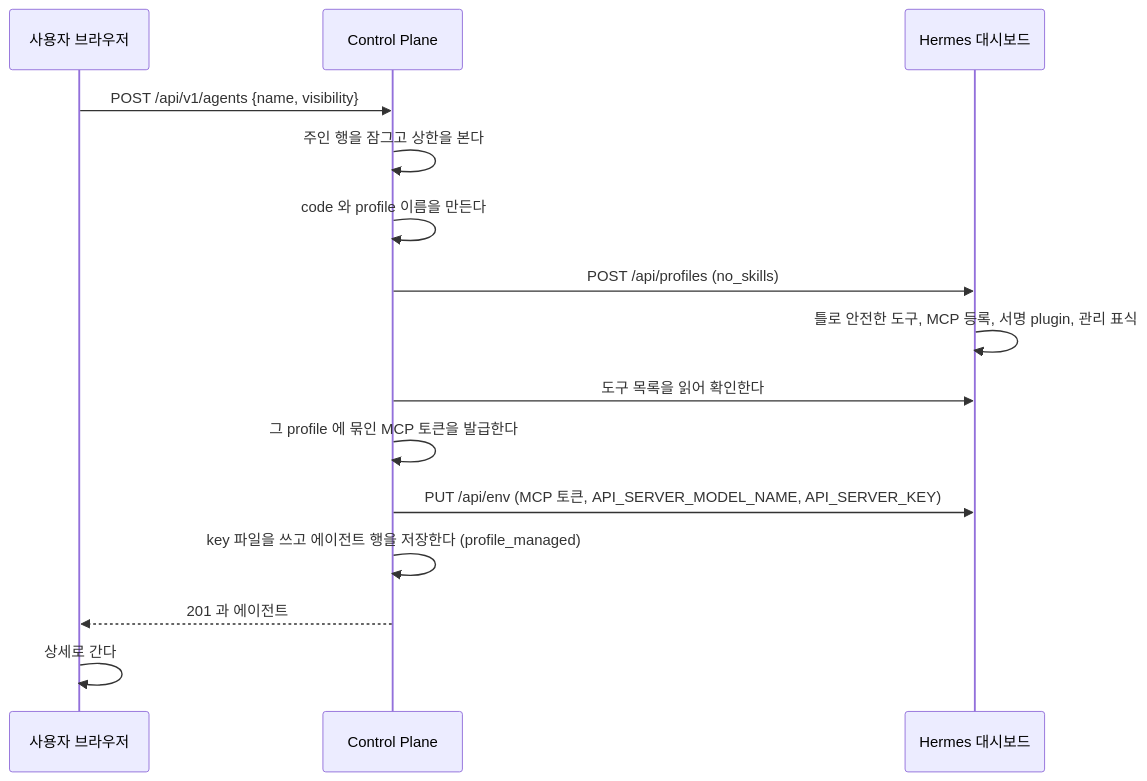
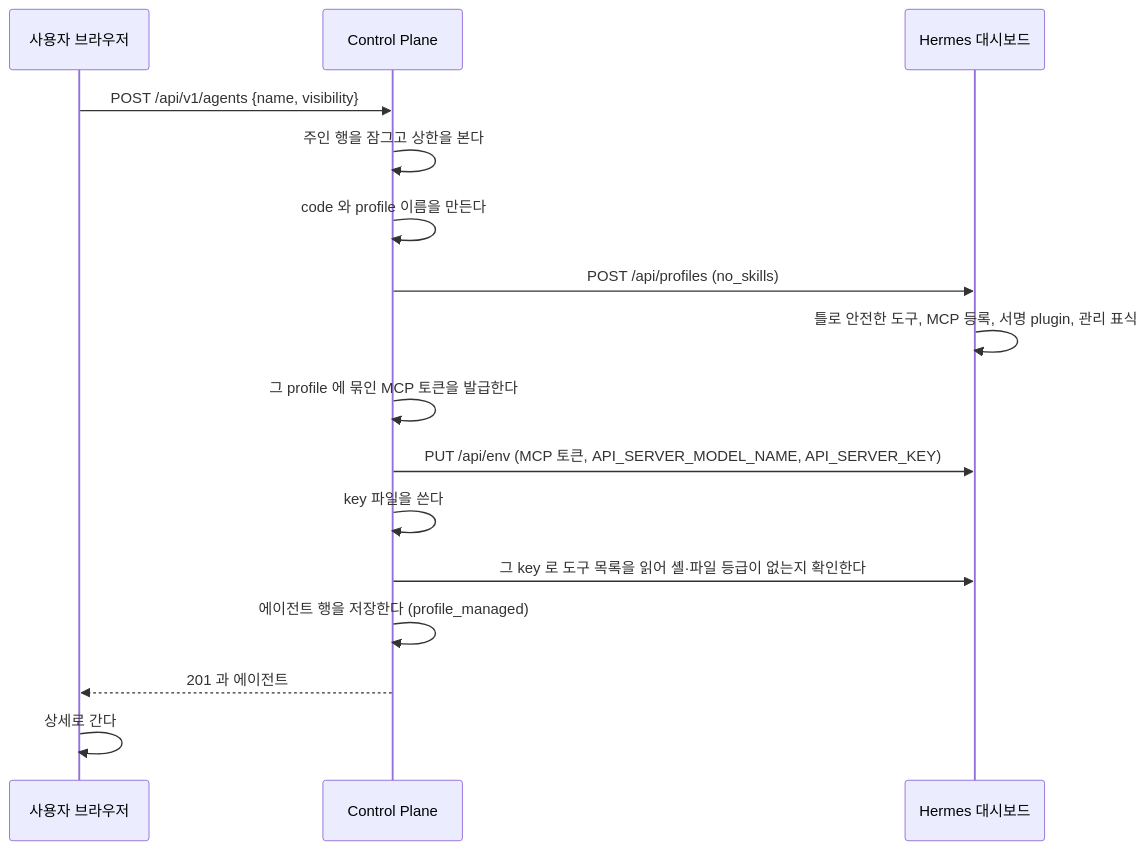
Before and after one commit to jon890/fos-assistant: the seventh of 25 diagrams in docs/flow.md, drawn with Mermaid. The commit also changed other lines of this file and 11 other files, not shown here.

````diff
--- a/docs/flow.md
+++ b/docs/flow.md
@@ -296,18 +298,19 @@
 ```mermaid
 sequenceDiagram
     participant U as 사용자 브라우저
     participant C as Control Plane
     participant D as Hermes 대시보드
 
     U->>C: POST /api/v1/agents {name, visibility}
     C->>C: 주인 행을 잠그고 상한을 본다
     C->>C: code 와 profile 이름을 만든다
     C->>D: POST /api/profiles (no_skills)
     D->>D: 틀로 안전한 도구, MCP 등록, 서명 plugin, 관리 표식
-    C->>D: 도구 목록을 읽어 확인한다
     C->>C: 그 profile 에 묶인 MCP 토큰을 발급한다
     C->>D: PUT /api/env (MCP 토큰, API_SERVER_MODEL_NAME, API_SERVER_KEY)
-    C->>C: key 파일을 쓰고 에이전트 행을 저장한다 (profile_managed)
+    C->>C: key 파일을 쓴다
+    C->>D: 그 key 로 도구 목록을 읽어 셸·파일 등급이 없는지 확인한다
+    C->>C: 에이전트 행을 저장한다 (profile_managed)
     C-->>U: 201 과 에이전트
     U->>U: 상세로 간다
 ```
````
